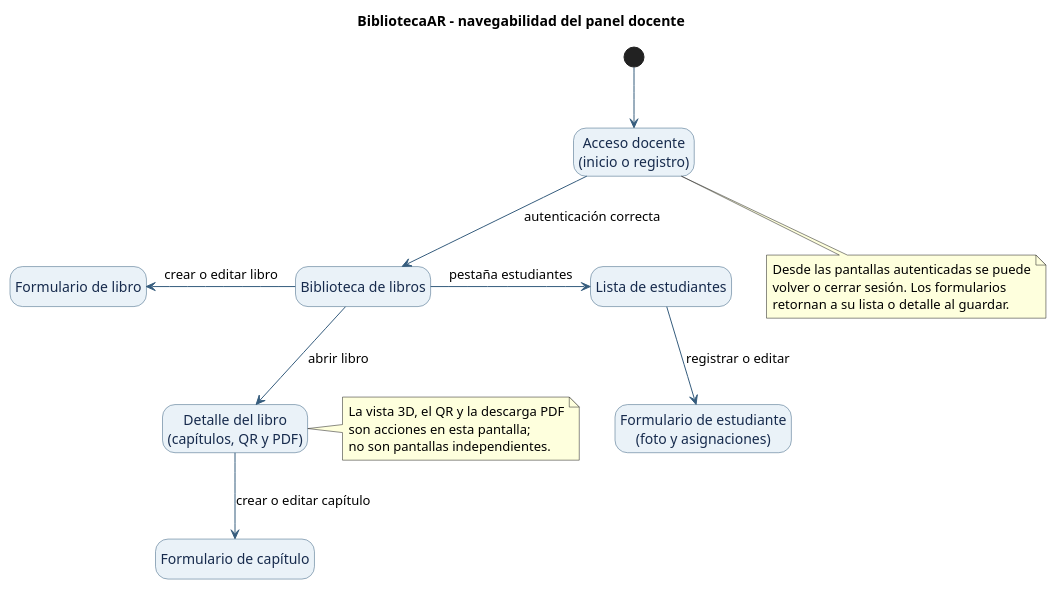
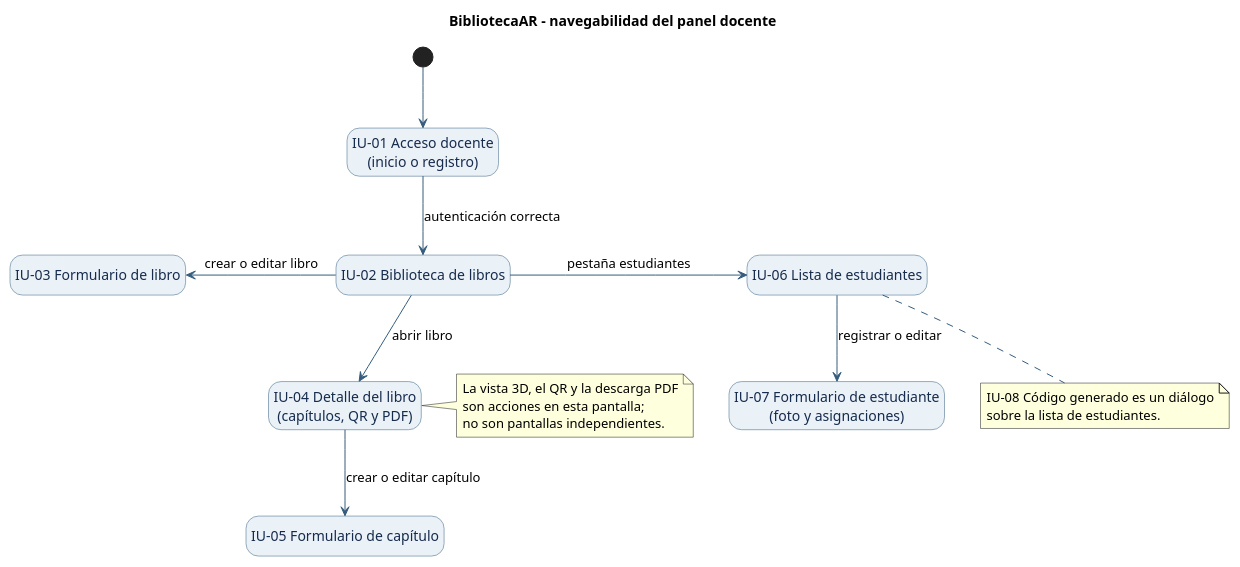
One commit to AlejandroPhoccoTapia/BibliotecaAR-backend changed the diagram in docs/tesis/diagramas/07-navegacion-panel-docente.puml. Above: the diagram before and after it, drawn with PlantUML. The commit also changed 9 other files, not shown here.

```diff
--- a/docs/tesis/diagramas/07-navegacion-panel-docente.puml
+++ b/docs/tesis/diagramas/07-navegacion-panel-docente.puml
@@ -1,42 +1,41 @@
 @startuml
 title BibliotecaAR - navegabilidad del panel docente
 top to bottom direction
 skinparam shadowing false
 skinparam backgroundColor white
 skinparam defaultFontName Arial
 skinparam state {
   BackgroundColor #EAF2F8
   BorderColor #355C7D
   FontColor #172B4D
   ArrowColor #355C7D
 }
 hide empty description
 
-state "Acceso docente\n(inicio o registro)" as LOGIN
-state "Biblioteca de libros" as BOOKS
-state "Formulario de libro" as BOOK_FORM
-state "Detalle del libro\n(capítulos, QR y PDF)" as BOOK_DETAIL
-state "Formulario de capítulo" as CHAPTER_FORM
-state "Lista de estudiantes" as STUDENTS
-state "Formulario de estudiante\n(foto y asignaciones)" as STUDENT_FORM
+state "IU-01 Acceso docente\n(inicio o registro)" as LOGIN
+state "IU-02 Biblioteca de libros" as BOOKS
+state "IU-03 Formulario de libro" as BOOK_FORM
+state "IU-04 Detalle del libro\n(capítulos, QR y PDF)" as BOOK_DETAIL
+state "IU-05 Formulario de capítulo" as CHAPTER_FORM
+state "IU-06 Lista de estudiantes" as STUDENTS
+state "IU-07 Formulario de estudiante\n(foto y asignaciones)" as STUDENT_FORM
 
 [*] -down-> LOGIN
 LOGIN -down-> BOOKS : autenticación correcta
 BOOKS -left-> BOOK_FORM : crear o editar libro
 BOOKS -down-> BOOK_DETAIL : abrir libro
 BOOK_DETAIL -down-> CHAPTER_FORM : crear o editar capítulo
 BOOKS -right-> STUDENTS : pestaña estudiantes
 STUDENTS -down-> STUDENT_FORM : registrar o editar
 
 note right of BOOK_DETAIL
   La vista 3D, el QR y la descarga PDF
   son acciones en esta pantalla;
   no son pantallas independientes.
 end note
 
-note bottom of LOGIN
-  Desde las pantallas autenticadas se puede
-  volver o cerrar sesión. Los formularios
-  retornan a su lista o detalle al guardar.
+note bottom of STUDENTS
+  IU-08 Código generado es un diálogo
+  sobre la lista de estudiantes.
 end note
 @enduml
```
